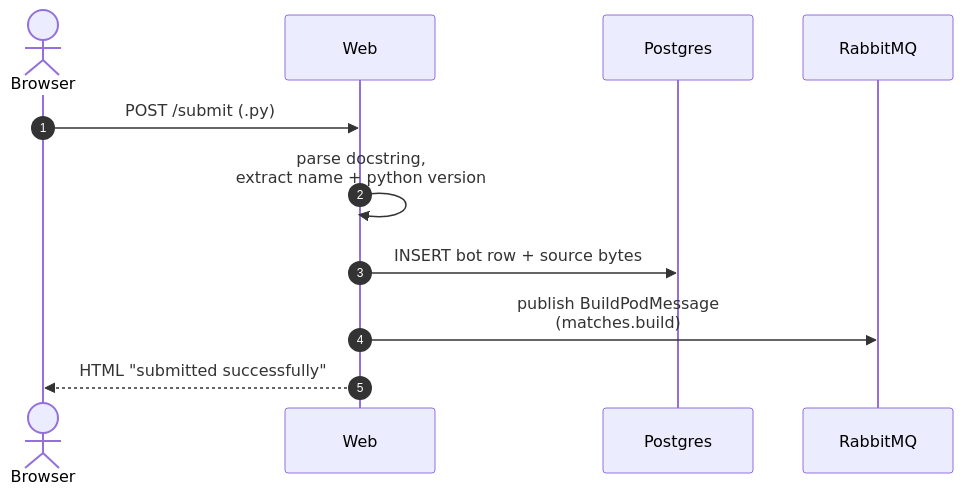
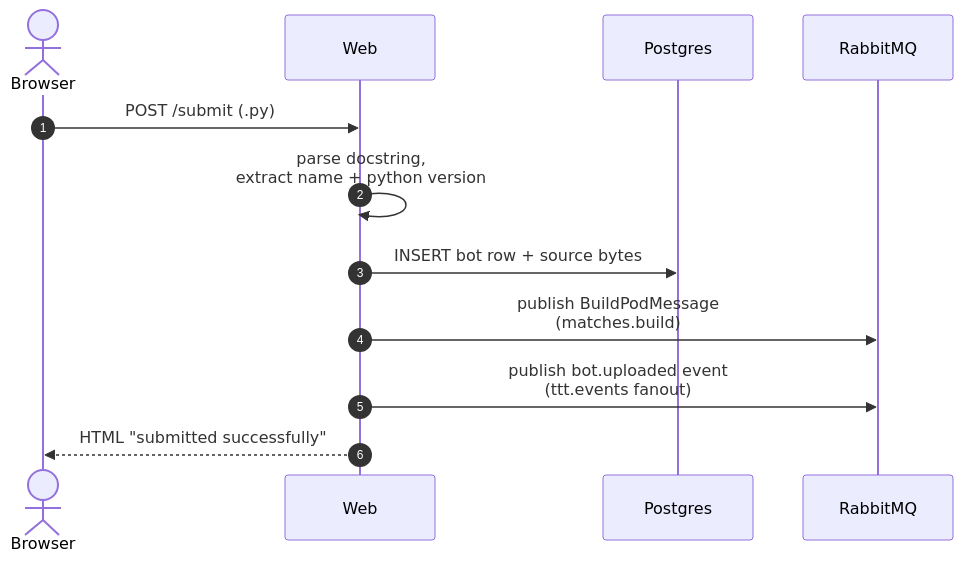
The first of 6 diagrams in README.md (pyowa/june-2026-tictactoe-bots), drawn with Mermaid before and after one commit. The commit also changed other lines of this file, not shown here.

````diff
--- a/README.md
+++ b/README.md
@@ -174,14 +178,15 @@
 ```mermaid
 sequenceDiagram
     autonumber
     actor Browser
     participant Web
     participant DB as Postgres
     participant RMQ as RabbitMQ
 
     Browser->>Web: POST /submit (.py)
     Web->>Web: parse docstring,<br/>extract name + python version
     Web->>DB: INSERT bot row + source bytes
     Web->>RMQ: publish BuildPodMessage<br/>(matches.build)
+    Web->>RMQ: publish bot.uploaded event<br/>(ttt.events fanout)
     Web-->>Browser: HTML "submitted successfully"
 ```
````
